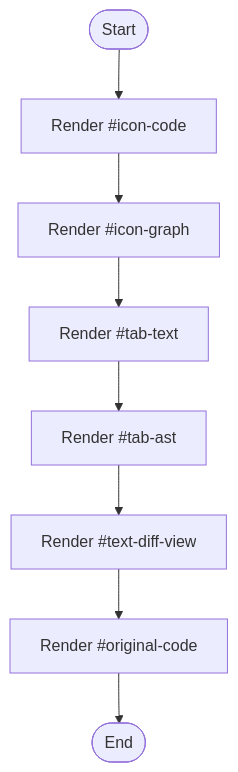
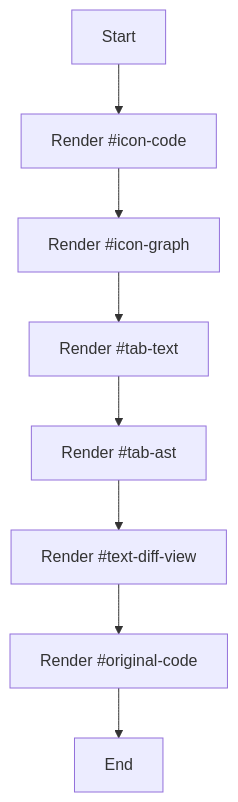
One commit to JohnAndrewBalbarosa/NeoTerritory changed the diagram in docs/Codebase/Frontend/pages/diff-viewer.html.md. Above: the diagram before and after it, drawn with Mermaid. The commit also changed other lines of this file and 752 other files, not shown here.

````diff
--- a/docs/Codebase/Frontend/pages/diff-viewer.html.md
+++ b/docs/Codebase/Frontend/pages/diff-viewer.html.md
@@ -36,18 +22,18 @@
 ```mermaid
 flowchart TD
-    Start([Start])
-    N0[Render #icon-code]
-    N1[Render #icon-graph]
-    N2[Render #tab-text]
-    N3[Render #tab-ast]
-    N4[Render #text-diff-view]
-    N5[Render #original-code]
-    End([End])
+    Start["Start"]
+    N0["Render #icon-code"]
+    N1["Render #icon-graph"]
+    N2["Render #tab-text"]
+    N3["Render #tab-ast"]
+    N4["Render #text-diff-view"]
+    N5["Render #original-code"]
+    End["End"]
     Start --> N0
     N0 --> N1
     N1 --> N2
     N2 --> N3
     N3 --> N4
     N4 --> N5
     N5 --> End
 ```
````
